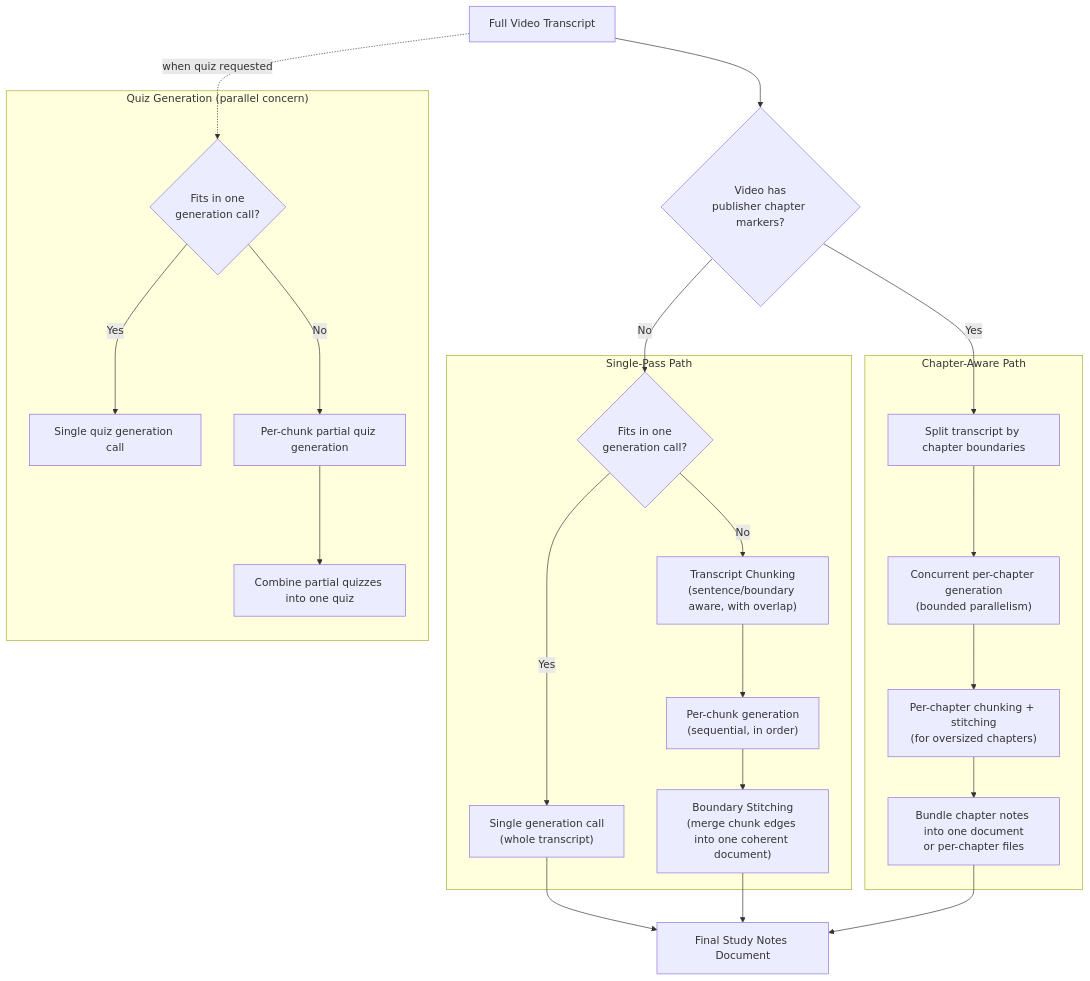
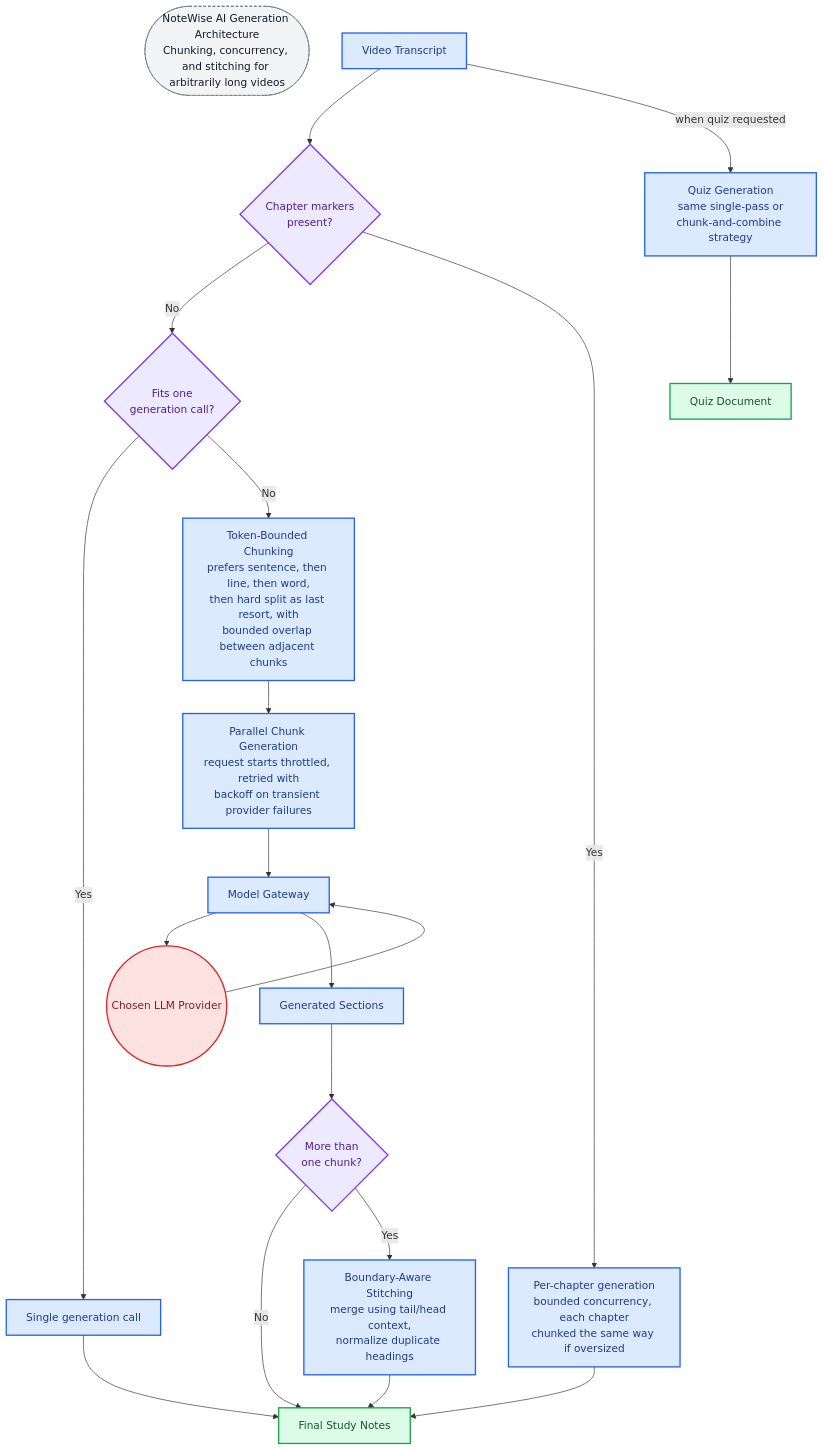
One commit to whoisjayd/notewise changed the diagram in architecture/diagrams/03-ai-generation-architecture.mmd. Above: the diagram before and after it, drawn with Mermaid. The commit also changed 14 other files, not shown here.

Commit message:
docs: rework architecture diagrams for clarity, color, and interview presentation

```diff
--- a/architecture/diagrams/03-ai-generation-architecture.mmd
+++ b/architecture/diagrams/03-ai-generation-architecture.mmd
@@ -1,39 +1,65 @@
 flowchart TB
-    Transcript["Full Video Transcript"]
-    HasChapters{"Video has\npublisher chapter markers?"}
+    classDef actor fill:#FEF3C7,stroke:#D97706,color:#78350F,stroke-width:2px
+    classDef component fill:#DBEAFE,stroke:#2563EB,color:#1E3A8A,stroke-width:2px
+    classDef store fill:#DCFCE7,stroke:#16A34A,color:#14532D,stroke-width:2px
+    classDef external fill:#FEE2E2,stroke:#DC2626,color:#7F1D1D,stroke-width:2px
+    classDef decision fill:#EDE9FE,stroke:#7C3AED,color:#4C1D95,stroke-width:2px
+    classDef title fill:#F3F4F6,stroke:#6B7280,color:#111827,stroke-width:1px,stroke-dasharray: 4 3
 
-    subgraph SinglePass["Single-Pass Path"]
-        FitsWindow{"Fits in one\ngeneration call?"}
-        DirectGen["Single generation call\n(whole transcript)"]
-        ChunkSplit["Transcript Chunking\n(sentence/boundary aware, with overlap)"]
-        PerChunkGen["Per-chunk generation\n(sequential, in order)"]
-        Stitching["Boundary Stitching\n(merge chunk edges into one coherent document)"]
-    end
+    TITLE(["NoteWise AI Generation Architecture<br/>Chunking, concurrency, and stitching for arbitrarily long videos"])
+    class TITLE title
 
-    subgraph ChapterPath["Chapter-Aware Path"]
-        ChapterSplit["Split transcript by chapter boundaries"]
-        ConcurrentChapters["Concurrent per-chapter generation\n(bounded parallelism)"]
-        ChapterChunking["Per-chapter chunking + stitching\n(for oversized chapters)"]
-        Bundle["Bundle chapter notes into one document\nor per-chapter files"]
-    end
+    TRANSCRIPT["Video Transcript"]
+    class TRANSCRIPT component
 
-    FinalNotes["Final Study Notes Document"]
+    HASCHAPTERS{"Chapter markers<br/>present?"}
+    SIZECHECK{"Fits one<br/>generation call?"}
+    MULTI{"More than<br/>one chunk?"}
+    class HASCHAPTERS,SIZECHECK,MULTI decision
 
-    subgraph QuizPath["Quiz Generation (parallel concern)"]
-        QuizFits{"Fits in one\ngeneration call?"}
-        QuizDirect["Single quiz generation call"]
-        QuizChunks["Per-chunk partial quiz generation"]
-        QuizCombine["Combine partial quizzes into one quiz"]
-    end
+    SINGLE["Single generation call"]
+    PERCHAPTER["Per-chapter generation<br/>bounded concurrency, each chapter<br/>chunked the same way if oversized"]
+    class SINGLE,PERCHAPTER component
 
-    Transcript --> HasChapters
-    HasChapters -- "No" --> FitsWindow
-    FitsWindow -- "Yes" --> DirectGen --> FinalNotes
-    FitsWindow -- "No" --> ChunkSplit --> PerChunkGen --> Stitching --> FinalNotes
+    CHUNKING["Token-Bounded Chunking<br/>prefers sentence, then line, then word,<br/>then hard split as last resort, with<br/>bounded overlap between adjacent chunks"]
+    class CHUNKING component
 
-    HasChapters -- "Yes" --> ChapterSplit --> ConcurrentChapters
-    ConcurrentChapters --> ChapterChunking --> Bundle --> FinalNotes
+    THROTTLE["Parallel Chunk Generation<br/>request starts throttled, retried with<br/>backoff on transient provider failures"]
+    class THROTTLE component
 
-    Transcript -. "when quiz requested" .-> QuizFits
-    QuizFits -- "Yes" --> QuizDirect
-    QuizFits -- "No" --> QuizChunks --> QuizCombine
+    GATEWAY["Model Gateway"]
+    class GATEWAY component
+    PROVIDER(("Chosen LLM Provider"))
+    class PROVIDER external
+
+    RESULTS["Generated Sections"]
+    class RESULTS component
+
+    STITCH["Boundary-Aware Stitching<br/>merge using tail/head context,<br/>normalize duplicate headings"]
+    class STITCH component
+
+    FINAL["Final Study Notes"]
+    class FINAL store
+
+    QUIZFLOW["Quiz Generation<br/>same single-pass or<br/>chunk-and-combine strategy"]
+    QUIZFINAL["Quiz Document"]
+    class QUIZFLOW component
+    class QUIZFINAL store
+
+    TRANSCRIPT --> HASCHAPTERS
+
+    HASCHAPTERS -- "No" --> SIZECHECK
+    HASCHAPTERS -- "Yes" --> PERCHAPTER --> FINAL
+
+    SIZECHECK -- "Yes" --> SINGLE --> FINAL
+    SIZECHECK -- "No" --> CHUNKING
+
+    CHUNKING --> THROTTLE
+    THROTTLE --> GATEWAY --> PROVIDER
+    PROVIDER --> GATEWAY --> RESULTS
+
+    RESULTS --> MULTI
+    MULTI -- "No" --> FINAL
+    MULTI -- "Yes" --> STITCH --> FINAL
+
+    TRANSCRIPT -- "when quiz requested" --> QUIZFLOW --> QUIZFINAL
```
